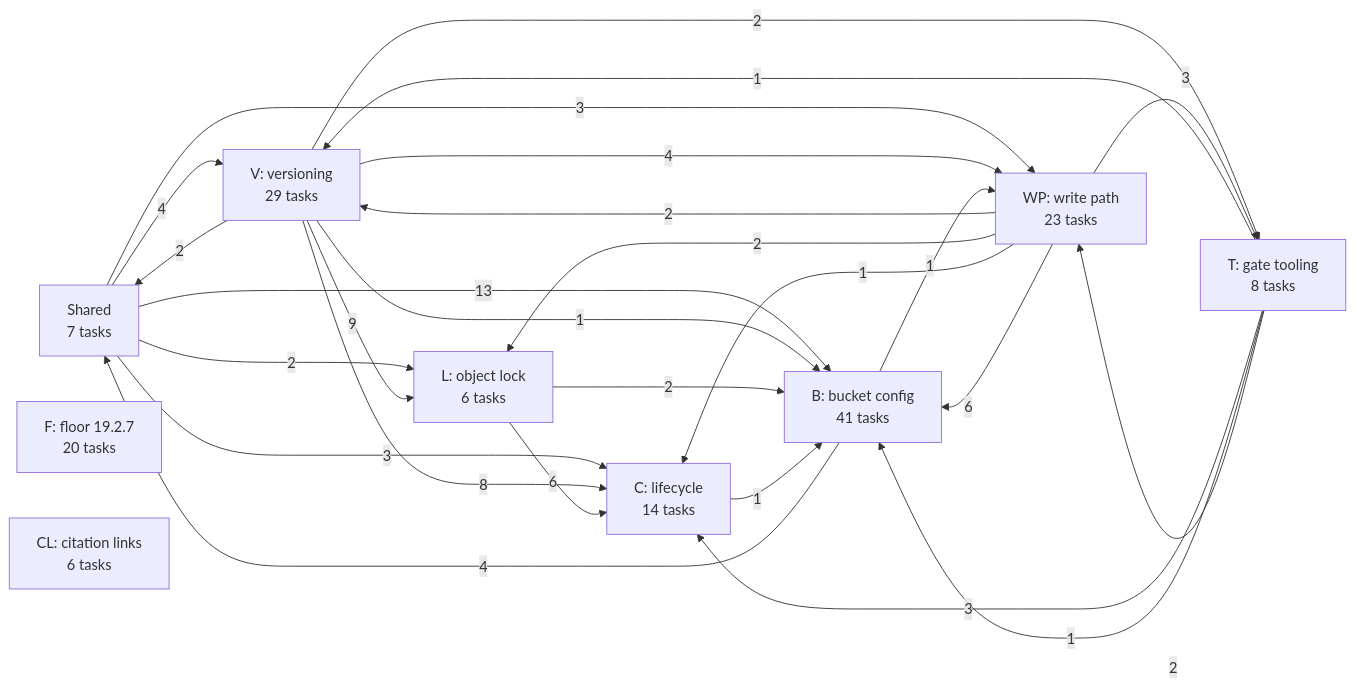
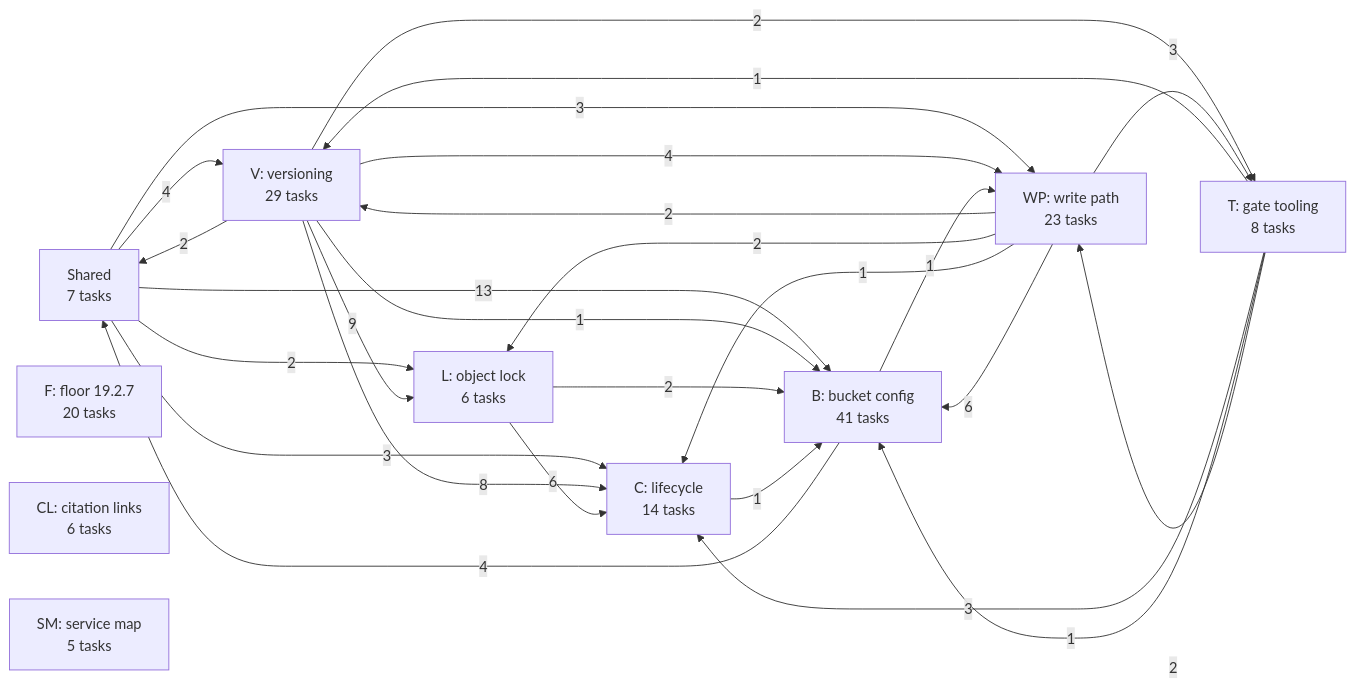
The first of 11 diagrams in docs/superpowers/plans/2026-10-13-phase-2/dependencies.md (jhoblitt/rgw-go), drawn with Mermaid before and after one commit. The commit also changed other lines of this file and 2 other files, not shown here.

````diff
--- a/docs/superpowers/plans/2026-10-13-phase-2/dependencies.md
+++ b/docs/superpowers/plans/2026-10-13-phase-2/dependencies.md
@@ -13,37 +13,38 @@
 ```mermaid
 flowchart LR
   u_S["Shared<br/>7 tasks"]
   u_F["F: floor 19.2.7<br/>20 tasks"]
   u_V["V: versioning<br/>29 tasks"]
   u_L["L: object lock<br/>6 tasks"]
   u_C["C: lifecycle<br/>14 tasks"]
   u_B["B: bucket config<br/>41 tasks"]
   u_WP["WP: write path<br/>23 tasks"]
   u_T["T: gate tooling<br/>8 tasks"]
   u_CL["CL: citation links<br/>6 tasks"]
+  u_SM["SM: service map<br/>5 tasks"]
   u_S -->|4| u_V
   u_S -->|2| u_L
   u_S -->|3| u_C
   u_S -->|13| u_B
   u_S -->|3| u_WP
   u_V -->|2| u_S
   u_V -->|9| u_L
   u_V -->|8| u_C
   u_V -->|1| u_B
   u_V -->|4| u_WP
   u_V -->|2| u_T
   u_L -->|6| u_C
   u_L -->|2| u_B
   u_C -->|1| u_B
   u_B -->|4| u_S
   u_B -->|1| u_WP
   u_WP -->|2| u_V
   u_WP -->|2| u_L
   u_WP -->|1| u_C
   u_WP -->|6| u_B
   u_WP -->|3| u_T
   u_T -->|1| u_V
   u_T -->|3| u_C
   u_T -->|1| u_B
   u_T -->|2| u_WP
 ```
````
